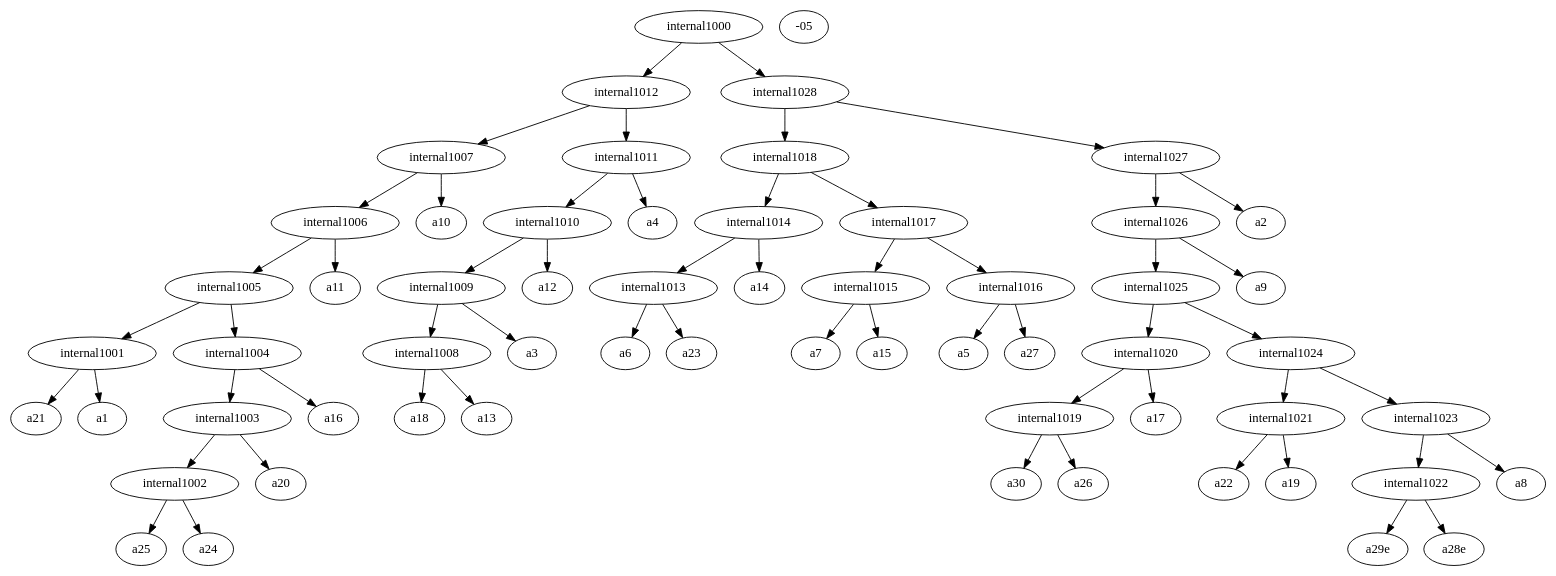
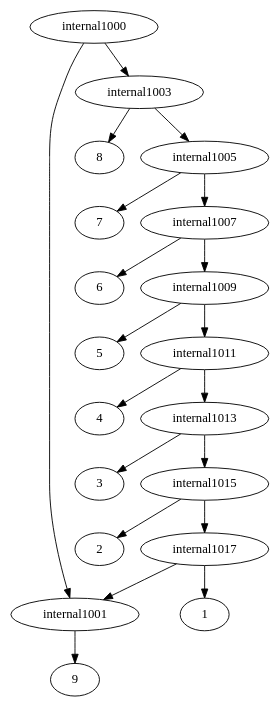
One commit to solislemuslab/phylo-knit changed the diagram in New/Server/upload.dot. Above: the diagram before and after it, drawn with Graphviz. The commit also changed 12 other files, not shown here.

```diff
--- a/New/Server/upload.dot
+++ b/New/Server/upload.dot
@@ -1,60 +1,22 @@
 strict digraph G1 {
-internal1001 -> a21
-internal1001 -> a1
-internal1002 -> a25
-internal1002 -> a24
-internal1003 -> internal1002
-internal1003 -> a20
-internal1004 -> internal1003
-internal1004 -> a16
-internal1005 -> internal1004
-internal1005 -> internal1001
-internal1006 -> a11
-internal1006 -> internal1005
-internal1007 -> a10
-internal1007 -> internal1006
-internal1008 -> a18
-internal1008 -> a13
-internal1009 -> a3
-internal1009 -> internal1008
-internal1010 -> internal1009
-internal1010 -> a12
-internal1011 -> a4
-internal1011 -> internal1010
-internal1012 -> internal1011
-internal1012 -> internal1007
-internal1013 -> a6
-internal1013 -> a23
-internal1014 -> internal1013
-internal1014 -> a14
-internal1015 -> a7
-internal1015 -> a15
-internal1016 -> a5
-internal1016 -> a27
-internal1017 -> internal1016
-internal1017 -> internal1015
-internal1018 -> internal1017
-internal1018 -> internal1014
-internal1019 -> a30
-internal1019 -> a26
-internal1020 -> internal1019
-internal1020 -> a17
-internal1021 -> a22
-internal1021 -> a19
-internal1022 -> a29e-05
-internal1022 -> a28e-05
-internal1023 -> a8
-internal1023 -> internal1022
-internal1024 -> internal1023
-internal1024 -> internal1021
-internal1025 -> internal1024
-internal1025 -> internal1020
-internal1026 -> a9
-internal1026 -> internal1025
-internal1027 -> a2
-internal1027 -> internal1026
-internal1028 -> internal1027
-internal1028 -> internal1018
-internal1000 -> internal1028
-internal1000 -> internal1012
+internal1000 -> internal1001
+internal1000 -> internal1003
+internal1001 -> 9
+internal1003 -> 8
+internal1003 -> internal1005
+internal1005 -> 7
+internal1005 -> internal1007
+internal1007 -> 6
+internal1007 -> internal1009
+internal1009 -> 5
+internal1009 -> internal1011
+internal1011 -> 4
+internal1011 -> internal1013
+internal1013 -> 3
+internal1013 -> internal1015
+internal1015 -> 2
+internal1015 -> internal1017
+internal1017 -> 1
+internal1017 -> internal1001
+internal1001 -> 9
 }
```
